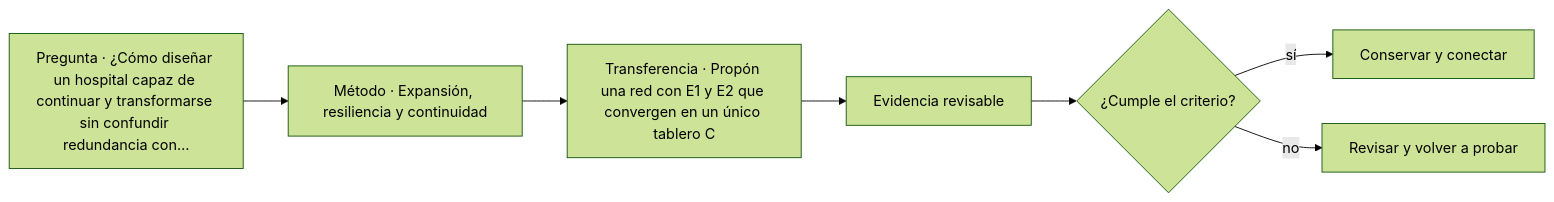
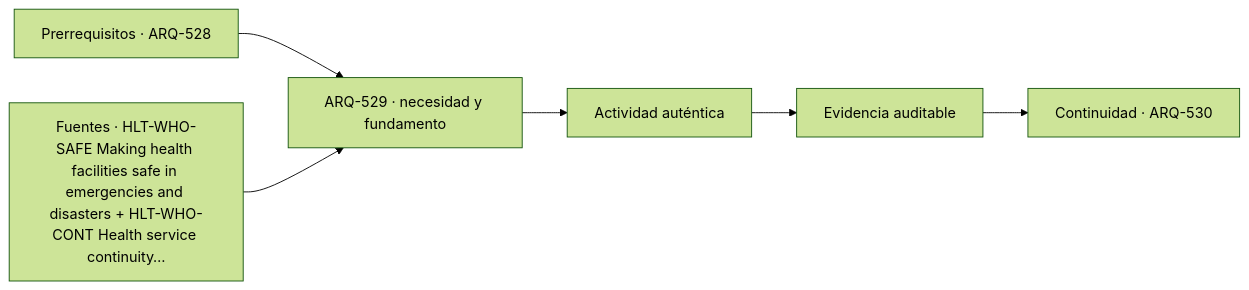
One commit to vladimiracunadev-create/architecture-built-environment-learning-program changed the diagram in classes/parte-53/ARQ-529.md. Above: the diagram before and after it, drawn with Mermaid (forest theme). The commit also changed other lines of this file and 761 other files, not shown here.

````diff
--- a/classes/parte-53/ARQ-529.md
+++ b/classes/parte-53/ARQ-529.md
@@ -91,9 +103,8 @@
 ```mermaid
 flowchart LR
-    Q["Pregunta · ¿Cómo diseñar un hospital capaz de continuar y transformarse sin confundir redundancia con…"] --> M["Método · Expansión, resiliencia y continuidad"]
-    M --> P["Transferencia · Propón una red con E1 y E2 que convergen en un único tablero C"]
-    P --> E["Evidencia revisable"]
-    E --> C{"¿Cumple el criterio?"}
-    C -->|sí| T["Conservar y conectar"]
-    C -->|no| R["Revisar y volver a probar"]
+    A["Prerrequisitos · ARQ-528"] --> B["ARQ-529 · necesidad y fundamento"]
+    S["Fuentes · HLT-WHO-SAFE Making health facilities safe in emergencies and disasters + HLT-WHO-CONT Health service continuity…"] --> B
+    B --> C["Actividad auténtica"]
+    C --> D["Evidencia auditable"]
+    D --> E["Continuidad · ARQ-530"]
 ```
````
